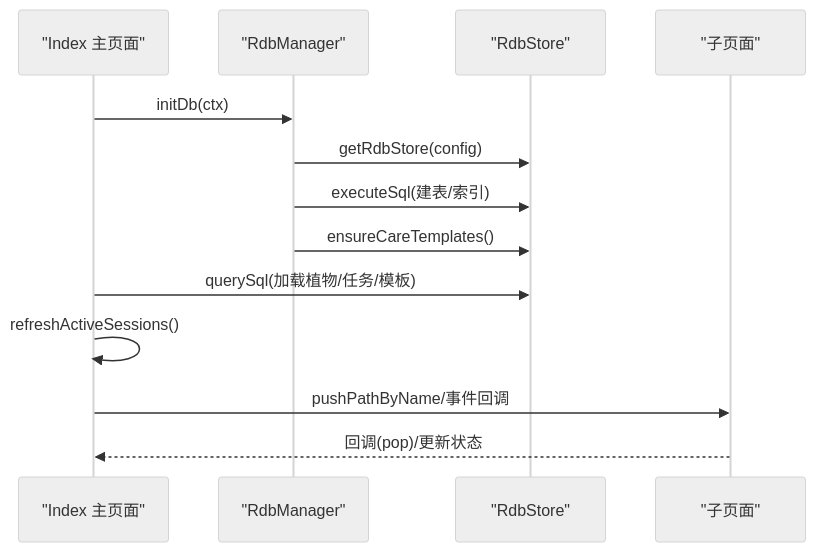
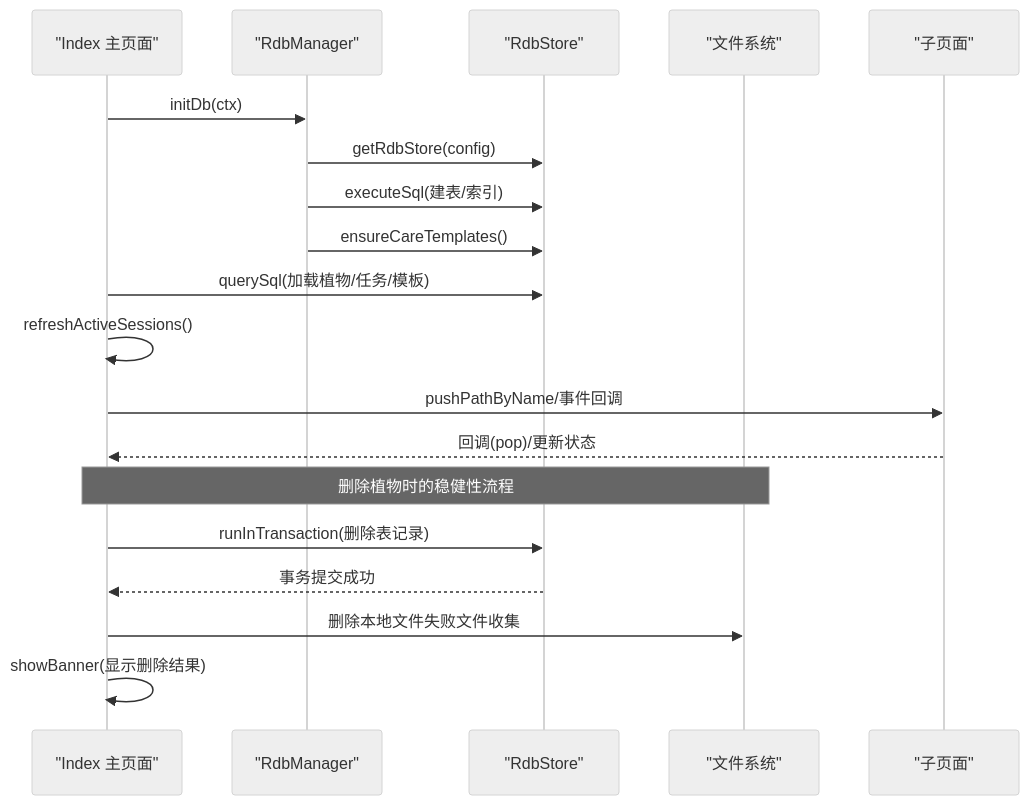
One commit to mmt1202/PlantModel changed the second of 11 diagrams in .qoder/repowiki/zh/content/核心模块/页面层/主页面 Index.md. Above: the diagram before and after it, drawn with Mermaid (neutral theme). The commit also changed other lines of this file and 14 other files, not shown here.

````diff
--- a/.qoder/repowiki/zh/content/核心模块/页面层/主页面 Index.md
+++ b/.qoder/repowiki/zh/content/核心模块/页面层/主页面 Index.md
@@ -92,15 +102,21 @@
 ```mermaid
 sequenceDiagram
 participant UI as "Index 主页面"
 participant DB as "RdbManager"
 participant Store as "RdbStore"
+participant FS as "文件系统"
 participant Page as "子页面"
 UI->>DB : initDb(ctx)
 DB->>Store : getRdbStore(config)
 DB->>Store : executeSql(建表/索引)
 DB->>Store : ensureCareTemplates()
 UI->>Store : querySql(加载植物/任务/模板)
 UI->>UI : refreshActiveSessions()
 UI->>Page : pushPathByName/事件回调
 Page-->>UI : 回调(pop)/更新状态
+Note over UI,FS : 删除植物时的稳健性流程
+UI->>Store : runInTransaction(删除表记录)
+Store-->>UI : 事务提交成功
+UI->>FS : 删除本地文件失败文件收集
+UI->>UI : showBanner(显示删除结果)
 ```
````
